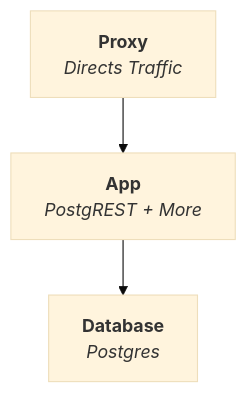
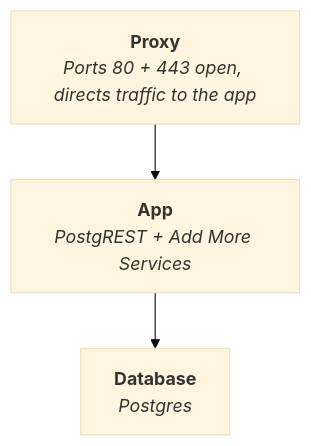
Before and after one commit to explodinglabs/superstack: the diagram in README.md, drawn with Mermaid (base theme).

Commit message:
Adjust readme

````diff
--- a/README.md
+++ b/README.md
@@ -15,6 +15,6 @@
 ```mermaid
 flowchart TD
-    Proxy["<b>Proxy</b><br><i>Directs Traffic</i>"]
-    Proxy --> App["<b>App</b><br><i>PostgREST + More</i>"]
+    Proxy["<b>Proxy</b><br><i>Ports 80 + 443 open, directs traffic to the app</i>"]
+    Proxy --> App["<b>App</b><br><i>PostgREST + Add More Services</i>"]
     App --> Database["<b>Database</b><br><i>Postgres</i>"]
 ```
````
